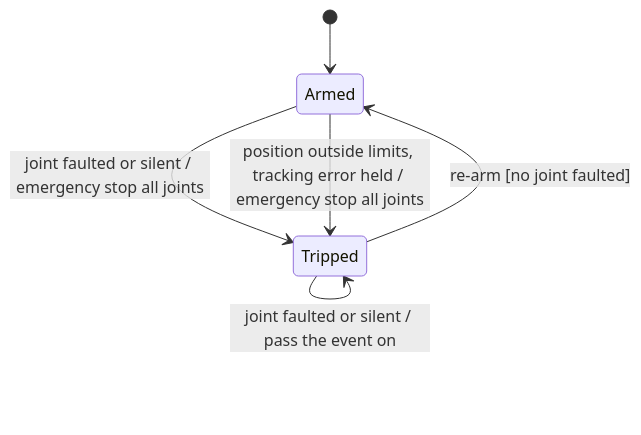
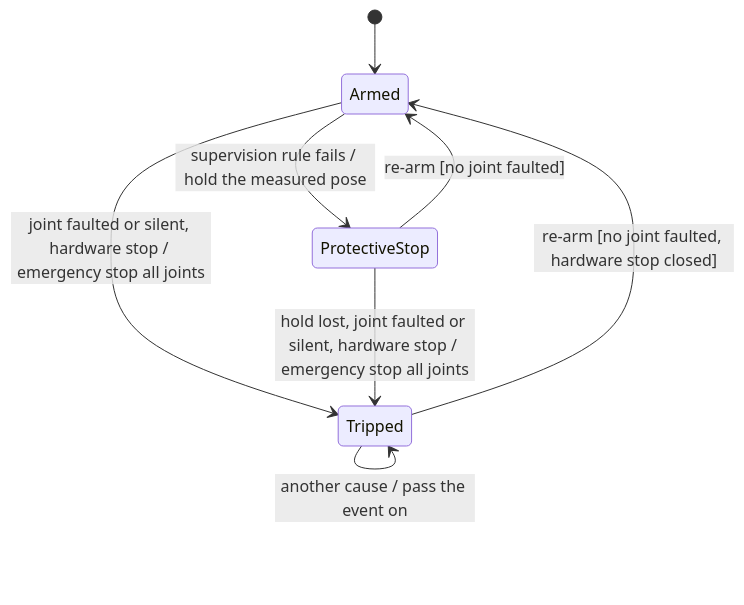
Before and after one commit to embedded-pro/e-robot-arm: the first of 4 diagrams in documentation/design/safety.md, drawn with Mermaid. The commit also changed other lines of this file and 7 other files, not shown here.

First line of the commit message:
docs(safety): design phase 6, stop categories, limits, workspace, drive watchdog, hardware stop

````diff
--- a/documentation/design/safety.md
+++ b/documentation/design/safety.md
@@ -153,8 +261,10 @@
 ```mermaid
 stateDiagram-v2
     [*] --> Armed
-    Armed --> Tripped : joint faulted or silent / emergency stop all joints
-    Armed --> Tripped : position outside limits, tracking error held / emergency stop all joints
-    Tripped --> Tripped : joint faulted or silent / pass the event on
-    Tripped --> Armed : re-arm [no joint faulted]
+    Armed --> ProtectiveStop : supervision rule fails / hold the measured pose
+    Armed --> Tripped : joint faulted or silent, hardware stop / emergency stop all joints
+    ProtectiveStop --> Tripped : hold lost, joint faulted or silent, hardware stop / emergency stop all joints
+    ProtectiveStop --> Armed : re-arm [no joint faulted]
+    Tripped --> Tripped : another cause / pass the event on
+    Tripped --> Armed : re-arm [no joint faulted, hardware stop closed]
 ```
````
